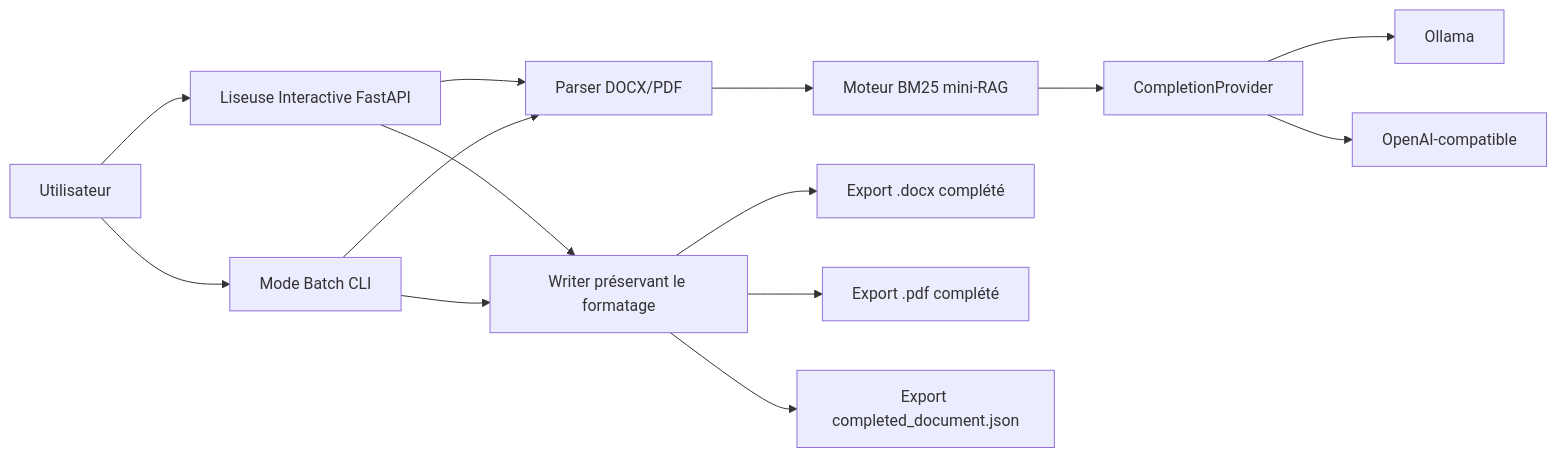
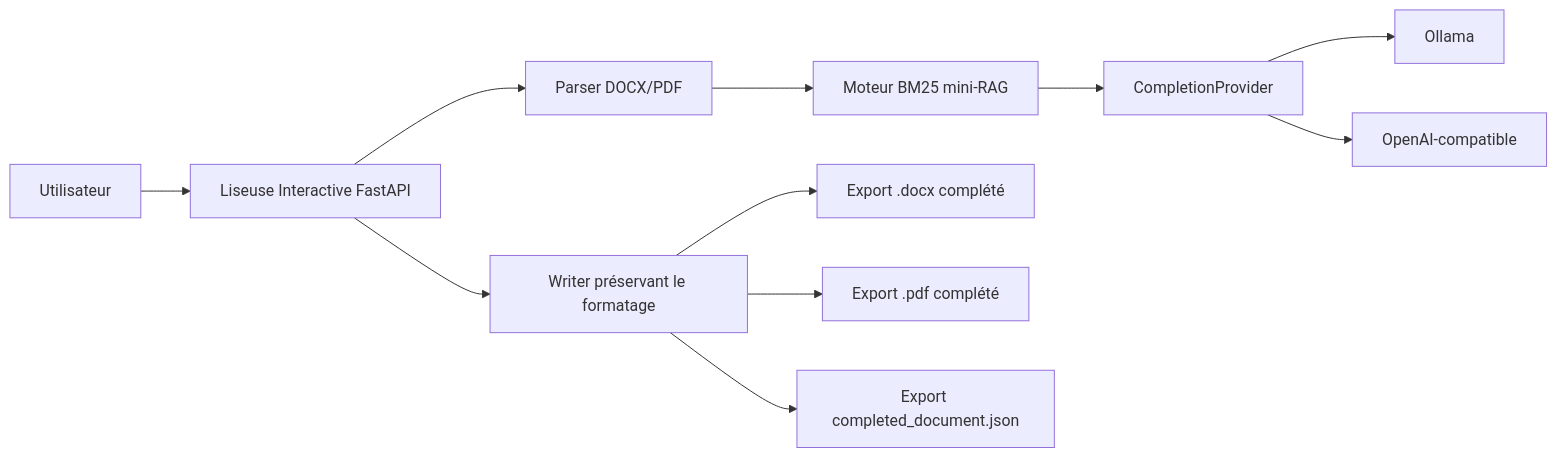
The diagram in README.md (BradleyG2004/DocuWriter), drawn with Mermaid before and after one commit. The commit also changed other lines of this file and 15 other files, not shown here.

````diff
--- a/README.md
+++ b/README.md
@@ -26,16 +26,13 @@
 ```mermaid
 flowchart LR
     User[Utilisateur] --> Reader[Liseuse Interactive FastAPI]
-    User --> CLI[Mode Batch CLI]
     Reader --> Parser[Parser DOCX/PDF]
-    CLI --> Parser
     Parser --> BM25[Moteur BM25 mini-RAG]
     BM25 --> Provider[CompletionProvider]
     Provider --> Ollama[Ollama]
     Provider --> OpenAI[OpenAI-compatible]
     Reader --> Writer[Writer préservant le formatage]
-    CLI --> Writer
     Writer --> DOCX[Export .docx complété]
     Writer --> PDF[Export .pdf complété]
     Writer --> JSON[Export completed_document.json]
 ```
````
